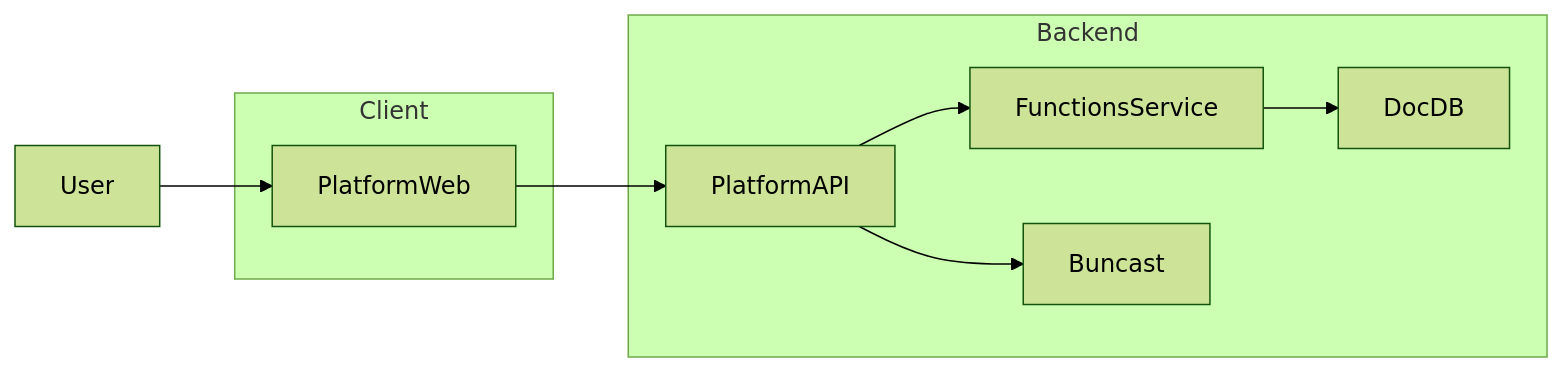
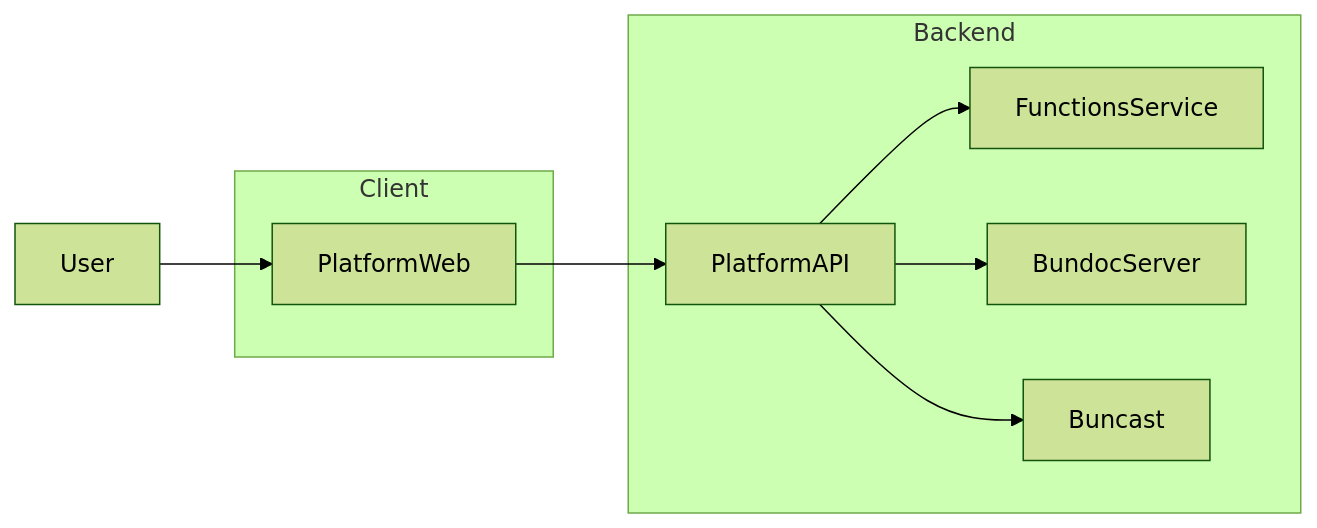
Before and after one commit to KartikBazzad/bunbase: the diagram in docs/architecture.md, drawn with Mermaid (forest theme). The commit also changed other lines of this file and 18 other files, not shown here.

````diff
--- a/docs/architecture.md
+++ b/docs/architecture.md
@@ -12,19 +12,19 @@
 ```mermaid
 flowchart LR
   user[User] --> platformWeb[PlatformWeb]
   platformWeb --> platformAPI[PlatformAPI]
   platformAPI --> functionsService[FunctionsService]
-  functionsService --> docdbService[DocDB]
+  platformAPI --> bundocService[BundocServer]
   platformAPI --> buncast[Buncast]
 
   subgraph clientSide[Client]
     platformWeb
   end
 
   subgraph serverSide[Backend]
     platformAPI
     functionsService
-    docdbService
+    bundocService
     buncast
   end
 ```
````
